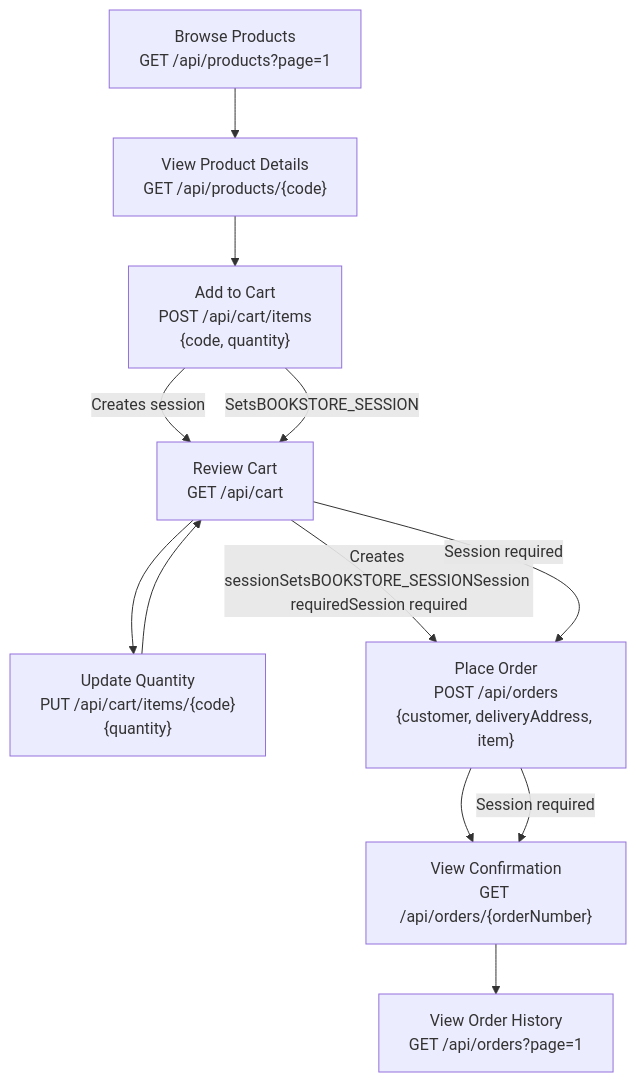
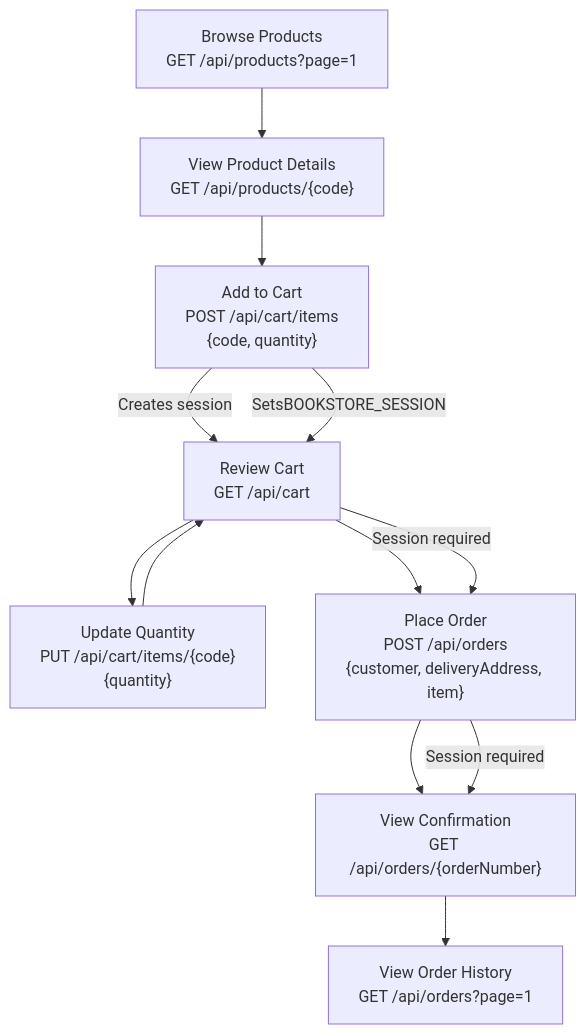
Before and after one commit to philipz/spring-modular-monolith: the fourth of 4 diagrams in docs/deepwiki/Web-Interface-and-Thymeleaf-Templates.md, drawn with Mermaid. The commit also changed 32 other files, not shown here.

````diff
--- a/docs/deepwiki/Web-Interface-and-Thymeleaf-Templates.md
+++ b/docs/deepwiki/Web-Interface-and-Thymeleaf-Templates.md
@@ -219,24 +219,24 @@
 ```mermaid
 flowchart TD
 
 Browse["Browse Products<br>GET /api/products?page=1"]
 ViewDetails["View Product Details<br>GET /api/products/{code}"]
 AddToCart["Add to Cart<br>POST /api/cart/items<br>{code, quantity}"]
 ReviewCart["Review Cart<br>GET /api/cart"]
 UpdateQty["Update Quantity<br>PUT /api/cart/items/{code}<br>{quantity}"]
 PlaceOrder["Place Order<br>POST /api/orders<br>{customer, deliveryAddress, item}"]
 Confirmation["View Confirmation<br>GET /api/orders/{orderNumber}"]
 OrderHistory["View Order History<br>GET /api/orders?page=1"]
 
 Browse --> ViewDetails
 ViewDetails --> AddToCart
 AddToCart -->|"Creates session"| ReviewCart
 ReviewCart --> UpdateQty
 UpdateQty --> ReviewCart
-ReviewCart -->|"Creates sessionSetsBOOKSTORE_SESSIONSession requiredSession required"| PlaceOrder
+ReviewCart --> PlaceOrder
 PlaceOrder --> Confirmation
 Confirmation --> OrderHistory
 AddToCart -->|"SetsBOOKSTORE_SESSION"| ReviewCart
 ReviewCart -->|"Session required"| PlaceOrder
 PlaceOrder -->|"Session required"| Confirmation
 ```
````
